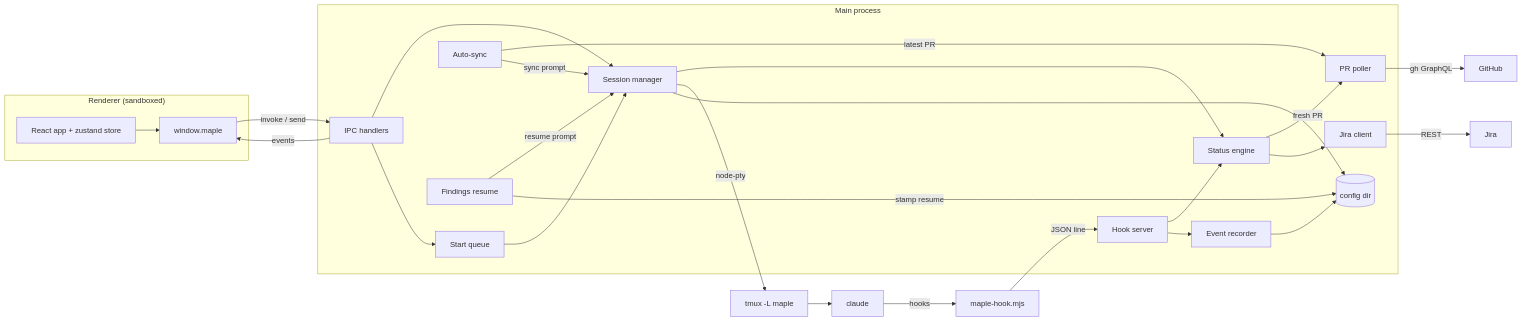
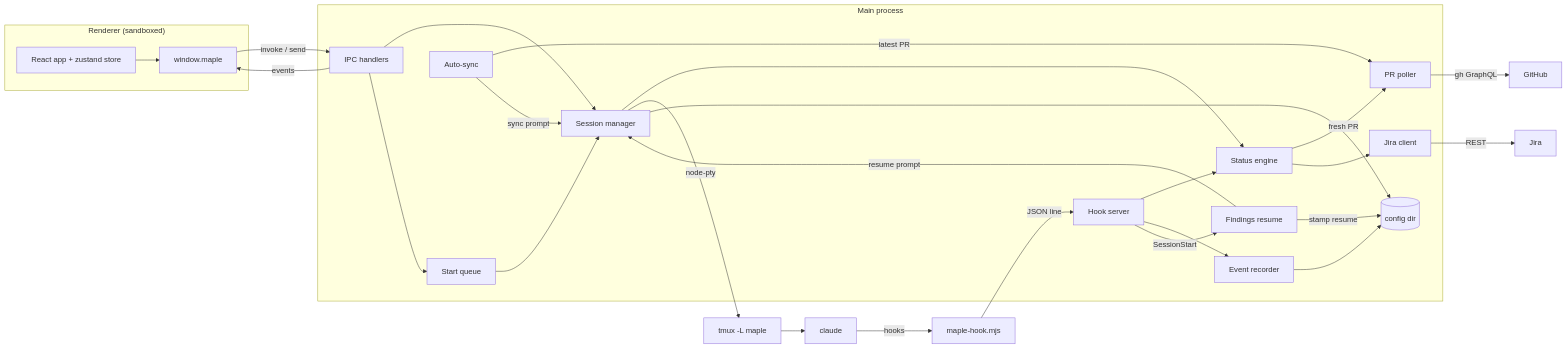
One commit to tahardi/maple changed the first of 2 diagrams in ARCHITECTURE.md. Above: the diagram before and after it, drawn with Mermaid. The commit also changed other lines of this file, not shown here.

Commit message:
Wrap the findings file note and draw the SessionStart edge in the diagram

````diff
--- a/ARCHITECTURE.md
+++ b/ARCHITECTURE.md
@@ -24,30 +24,31 @@
 ```mermaid
 flowchart LR
   subgraph Renderer["Renderer (sandboxed)"]
     UI["React app + zustand store"] --> API["window.maple"]
   end
   API -->|"invoke / send"| IPC["IPC handlers"]
   IPC -->|"events"| API
   subgraph Main["Main process"]
     IPC --> SM["Session manager"]
     IPC --> SQ["Start queue"]
     SQ --> SM
     SM --> SE["Status engine"]
     HS["Hook server"] --> SE
     HS --> ER["Event recorder"]
     SE -->|"fresh PR"| PP["PR poller"]
     AS["Auto-sync"] -->|"latest PR"| PP
     AS -->|"sync prompt"| SM
     FR["Findings resume"] -->|"resume prompt"| SM
     FR -->|"stamp resume"| CFG
+    HS -->|"SessionStart"| FR
     SE --> JC["Jira client"]
   end
   SM -->|"node-pty"| TMUX["tmux -L maple"]
   TMUX --> CL["claude"]
   CL -->|"hooks"| HK["maple-hook.mjs"]
   HK -->|"JSON line"| HS
   PP -->|"gh GraphQL"| GH["GitHub"]
   JC -->|"REST"| JIRA["Jira"]
   SM --> CFG[("config dir")]
   ER --> CFG
 ```
````
